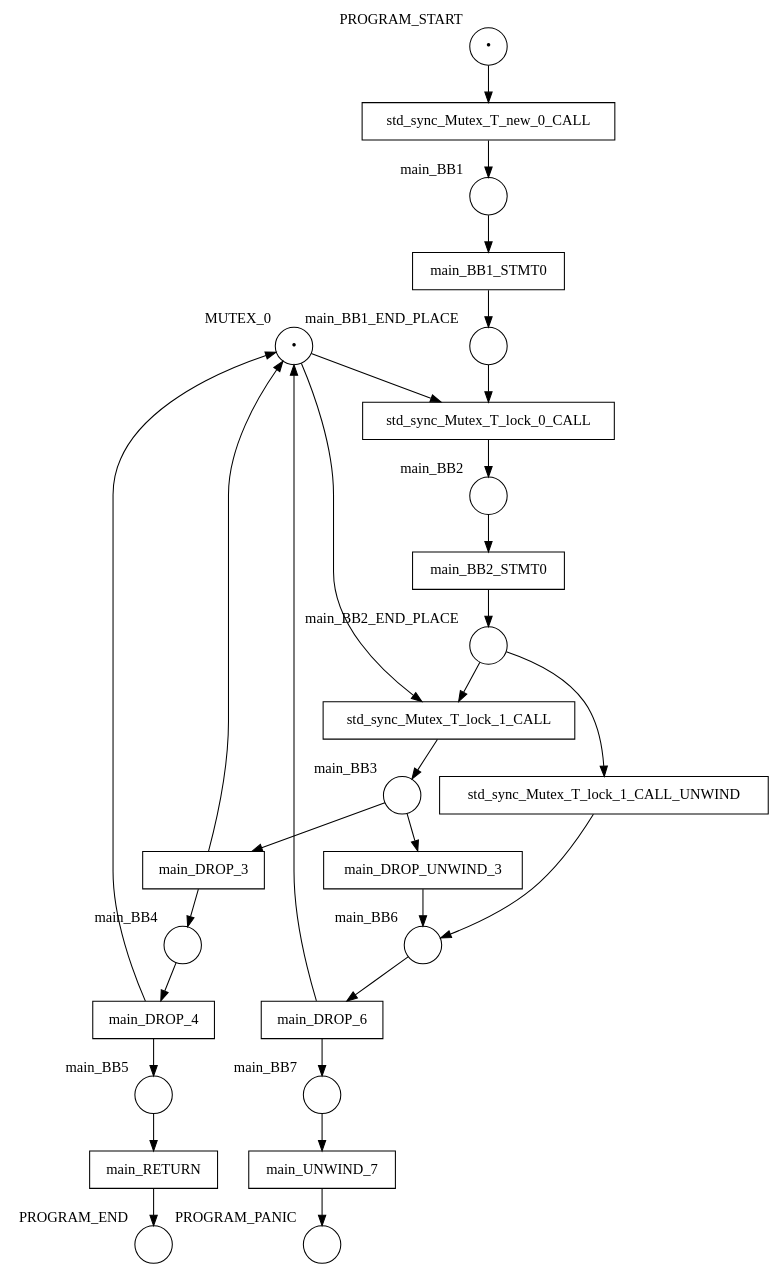
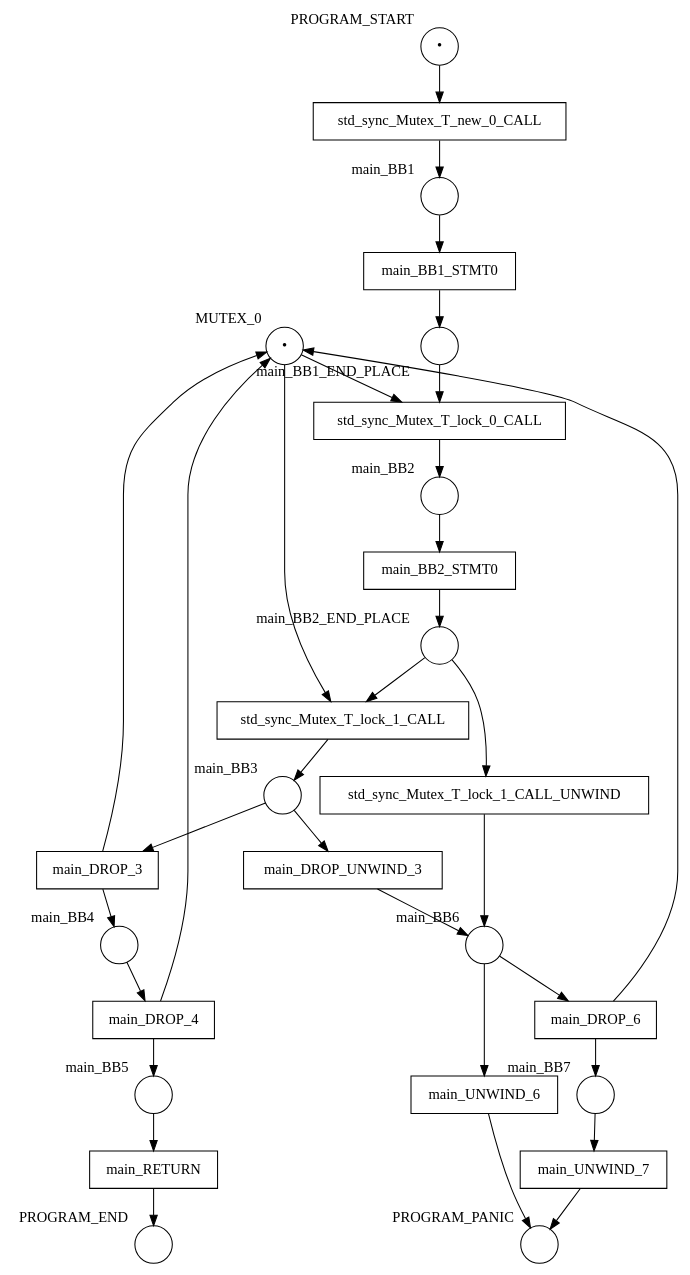
One commit to hlisdero/cargo-check-deadlock changed the diagram in examples/results/mutex/double_lock_deadlock/net.dot. Above: the diagram before and after it, drawn with Graphviz. The commit also changed 26 other files, not shown here.

```diff
--- a/examples/results/mutex/double_lock_deadlock/net.dot
+++ b/examples/results/mutex/double_lock_deadlock/net.dot
@@ -1,56 +1,59 @@
 digraph petrinet {
     MUTEX_0 [shape="circle" xlabel="MUTEX_0" label="•"];
     PROGRAM_END [shape="circle" xlabel="PROGRAM_END" label=""];
     PROGRAM_PANIC [shape="circle" xlabel="PROGRAM_PANIC" label=""];
     PROGRAM_START [shape="circle" xlabel="PROGRAM_START" label="•"];
     main_BB1 [shape="circle" xlabel="main_BB1" label=""];
     main_BB1_END_PLACE [shape="circle" xlabel="main_BB1_END_PLACE" label=""];
     main_BB2 [shape="circle" xlabel="main_BB2" label=""];
     main_BB2_END_PLACE [shape="circle" xlabel="main_BB2_END_PLACE" label=""];
     main_BB3 [shape="circle" xlabel="main_BB3" label=""];
     main_BB4 [shape="circle" xlabel="main_BB4" label=""];
     main_BB5 [shape="circle" xlabel="main_BB5" label=""];
     main_BB6 [shape="circle" xlabel="main_BB6" label=""];
     main_BB7 [shape="circle" xlabel="main_BB7" label=""];
     main_BB1_STMT0 [shape="box" xlabel="" label="main_BB1_STMT0"];
     main_BB2_STMT0 [shape="box" xlabel="" label="main_BB2_STMT0"];
     main_DROP_3 [shape="box" xlabel="" label="main_DROP_3"];
     main_DROP_4 [shape="box" xlabel="" label="main_DROP_4"];
     main_DROP_6 [shape="box" xlabel="" label="main_DROP_6"];
     main_DROP_UNWIND_3 [shape="box" xlabel="" label="main_DROP_UNWIND_3"];
     main_RETURN [shape="box" xlabel="" label="main_RETURN"];
+    main_UNWIND_6 [shape="box" xlabel="" label="main_UNWIND_6"];
     main_UNWIND_7 [shape="box" xlabel="" label="main_UNWIND_7"];
     std_sync_Mutex_T_lock_0_CALL [shape="box" xlabel="" label="std_sync_Mutex_T_lock_0_CALL"];
     std_sync_Mutex_T_lock_1_CALL [shape="box" xlabel="" label="std_sync_Mutex_T_lock_1_CALL"];
     std_sync_Mutex_T_lock_1_CALL_UNWIND [shape="box" xlabel="" label="std_sync_Mutex_T_lock_1_CALL_UNWIND"];
     std_sync_Mutex_T_new_0_CALL [shape="box" xlabel="" label="std_sync_Mutex_T_new_0_CALL"];
     MUTEX_0 -> std_sync_Mutex_T_lock_0_CALL;
     MUTEX_0 -> std_sync_Mutex_T_lock_1_CALL;
     PROGRAM_START -> std_sync_Mutex_T_new_0_CALL;
     main_BB1 -> main_BB1_STMT0;
     main_BB1_END_PLACE -> std_sync_Mutex_T_lock_0_CALL;
     main_BB2 -> main_BB2_STMT0;
     main_BB2_END_PLACE -> std_sync_Mutex_T_lock_1_CALL;
     main_BB2_END_PLACE -> std_sync_Mutex_T_lock_1_CALL_UNWIND;
     main_BB3 -> main_DROP_3;
     main_BB3 -> main_DROP_UNWIND_3;
     main_BB4 -> main_DROP_4;
     main_BB5 -> main_RETURN;
     main_BB6 -> main_DROP_6;
+    main_BB6 -> main_UNWIND_6;
     main_BB7 -> main_UNWIND_7;
     main_BB1_STMT0 -> main_BB1_END_PLACE;
     main_BB2_STMT0 -> main_BB2_END_PLACE;
     main_DROP_3 -> MUTEX_0;
     main_DROP_3 -> main_BB4;
     main_DROP_4 -> MUTEX_0;
     main_DROP_4 -> main_BB5;
     main_DROP_6 -> MUTEX_0;
     main_DROP_6 -> main_BB7;
     main_DROP_UNWIND_3 -> main_BB6;
     main_RETURN -> PROGRAM_END;
+    main_UNWIND_6 -> PROGRAM_PANIC;
     main_UNWIND_7 -> PROGRAM_PANIC;
     std_sync_Mutex_T_lock_0_CALL -> main_BB2;
     std_sync_Mutex_T_lock_1_CALL -> main_BB3;
     std_sync_Mutex_T_lock_1_CALL_UNWIND -> main_BB6;
     std_sync_Mutex_T_new_0_CALL -> main_BB1;
 }
```
